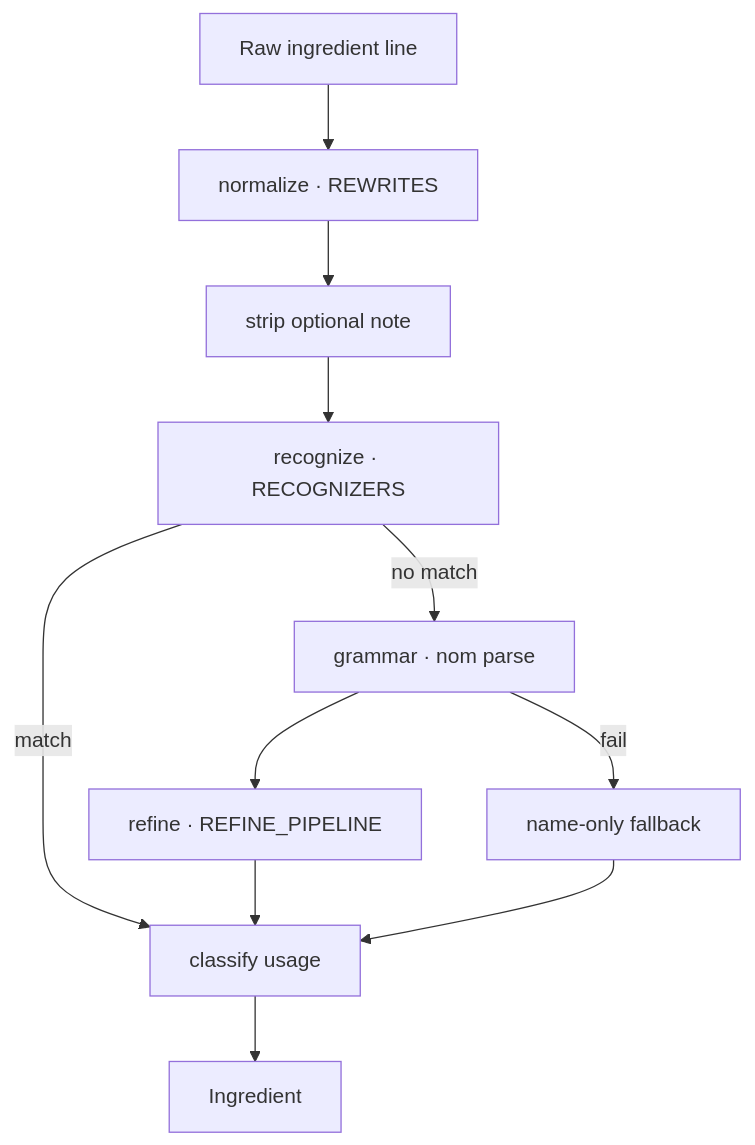
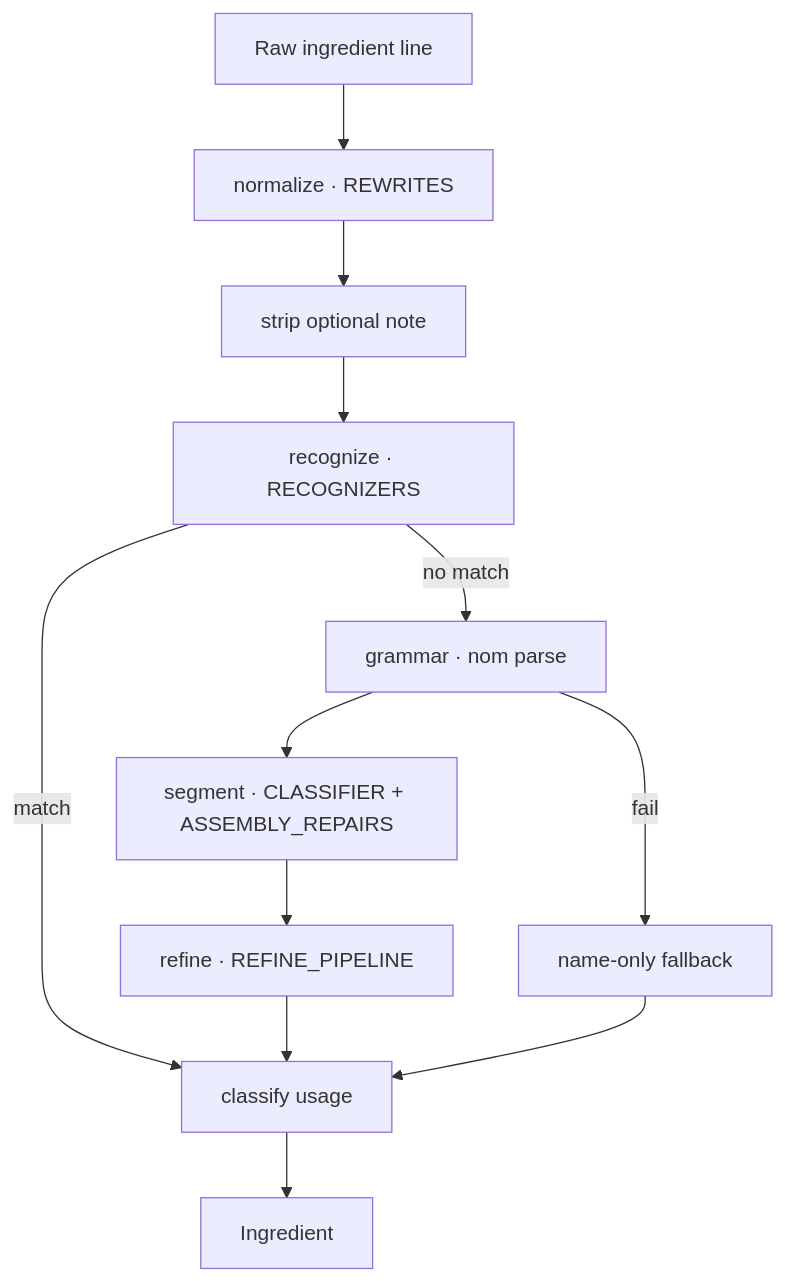
The diagram in ingredient-parser/readme.md (nickysemenza/ingredient-parser), drawn with Mermaid before and after one commit. The commit also changed other lines of this file and 14 other files, not shown here.

````diff
--- a/ingredient-parser/readme.md
+++ b/ingredient-parser/readme.md
@@ -22,19 +22,20 @@
 ```mermaid
 flowchart TD
     input["Raw ingredient line"]
     normalize["normalize · REWRITES"]
     optNote["strip optional note"]
     tryRec["recognize · RECOGNIZERS"]
     tryCore["grammar · nom parse"]
+    segment["segment · CLASSIFIER + ASSEMBLY_REPAIRS"]
     refine["refine · REFINE_PIPELINE"]
     fallback["name-only fallback"]
     classify["classify usage"]
     output["Ingredient"]
 
     input --> normalize --> optNote --> tryRec
     tryRec -->|match| classify
     tryRec -->|no match| tryCore
-    tryCore --> refine --> classify
+    tryCore --> segment --> refine --> classify
     tryCore -->|fail| fallback --> classify
     classify --> output
 ```
````
